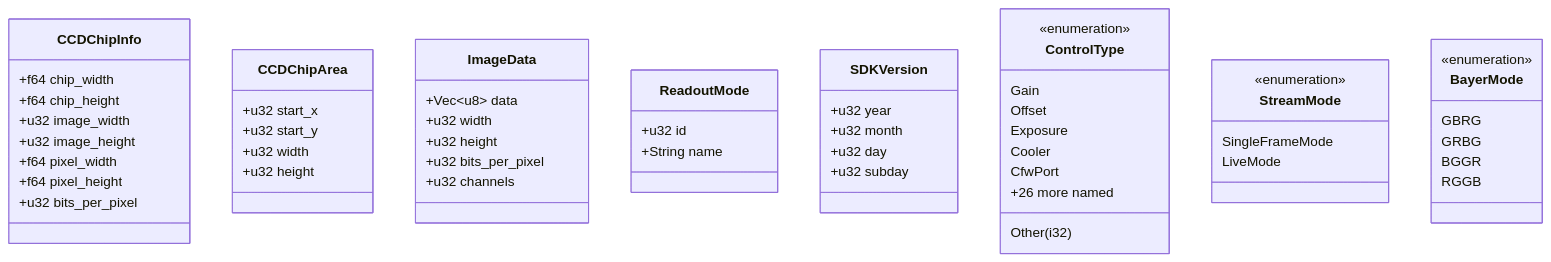
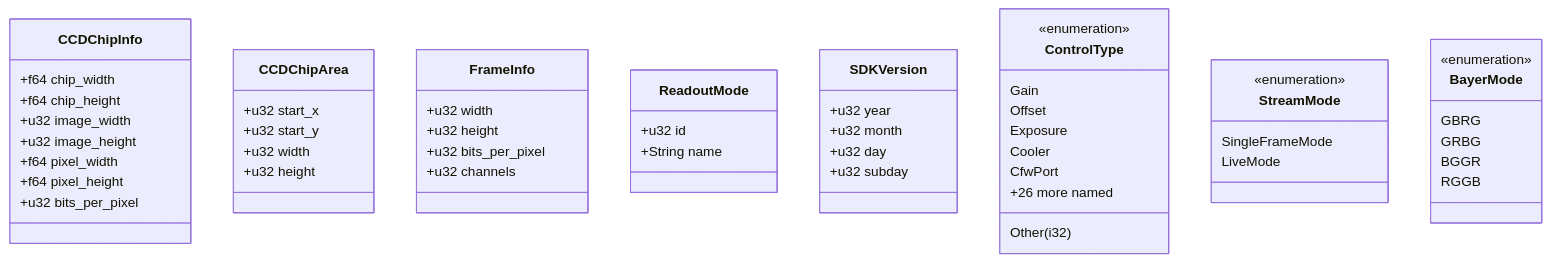
The ninth of 19 diagrams in crates/qhyccd-rs/docs/qhyccd-rs.md (ivonnyssen/rusty-photon), drawn with Mermaid before and after one commit. The commit also changed other lines of this file and 2 other files, not shown here.

First line of the commit message:
docs(qhyccd-rs): document Phase 5 (module consolidation + caller-owned frame buffer)

````diff
--- a/crates/qhyccd-rs/docs/qhyccd-rs.md
+++ b/crates/qhyccd-rs/docs/qhyccd-rs.md
@@ -348,64 +348,63 @@
 ```mermaid
 classDiagram
     class CCDChipInfo {
         +f64 chip_width
         +f64 chip_height
         +u32 image_width
         +u32 image_height
         +f64 pixel_width
         +f64 pixel_height
         +u32 bits_per_pixel
     }
 
     class CCDChipArea {
         +u32 start_x
         +u32 start_y
         +u32 width
         +u32 height
     }
 
-    class ImageData {
-        +Vec~u8~ data
+    class FrameInfo {
         +u32 width
         +u32 height
         +u32 bits_per_pixel
         +u32 channels
     }
 
     class ReadoutMode {
         +u32 id
         +String name
     }
 
     class SDKVersion {
         +u32 year
         +u32 month
         +u32 day
         +u32 subday
     }
 
     class ControlType {
         <<enumeration>>
         Gain
         Offset
         Exposure
         Cooler
         CfwPort
         +26 more named
         Other(i32)
     }
 
     class StreamMode {
         <<enumeration>>
         SingleFrameMode
         LiveMode
     }
 
     class BayerMode {
         <<enumeration>>
         GBRG
         GRBG
         BGGR
         RGGB
     }
 ```
````
